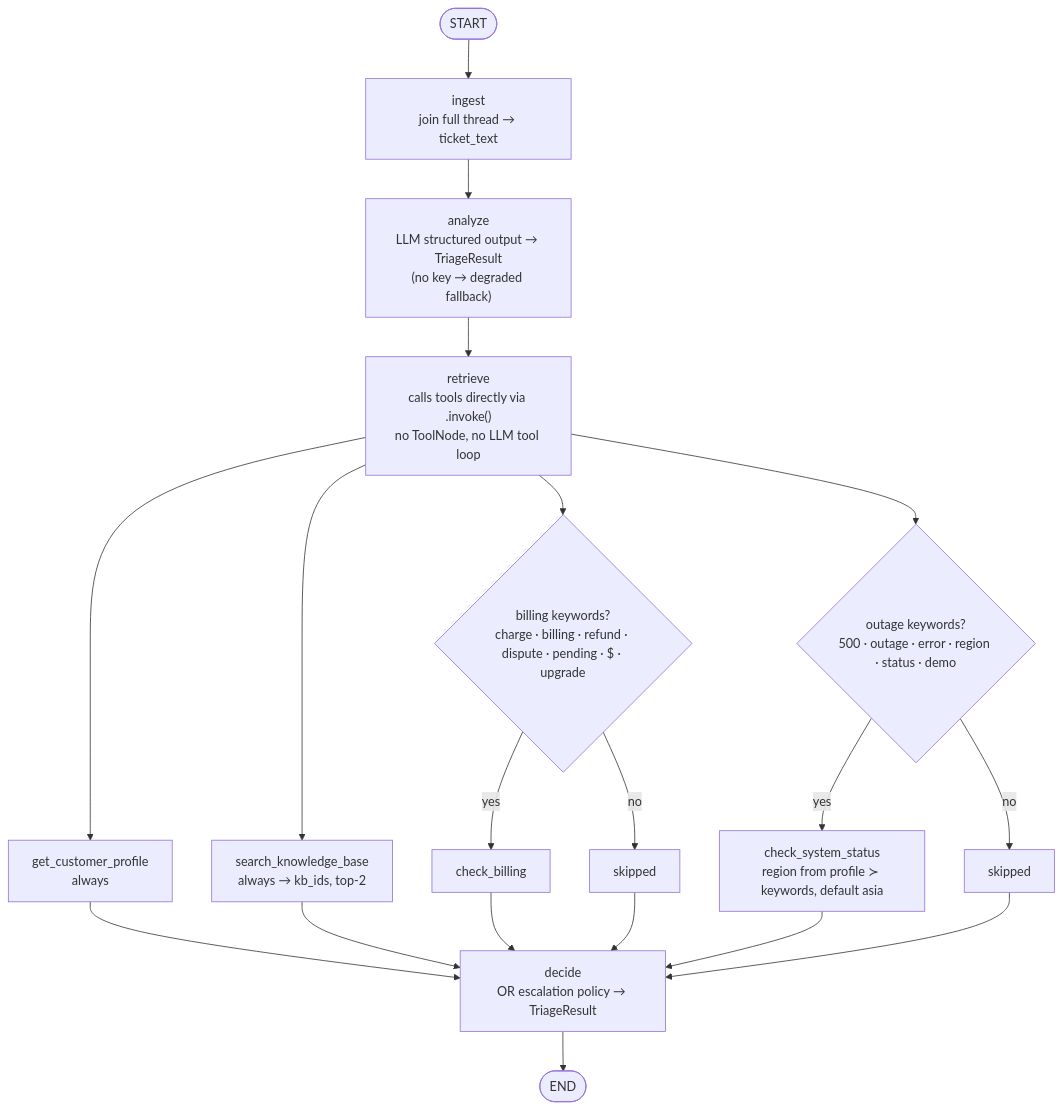
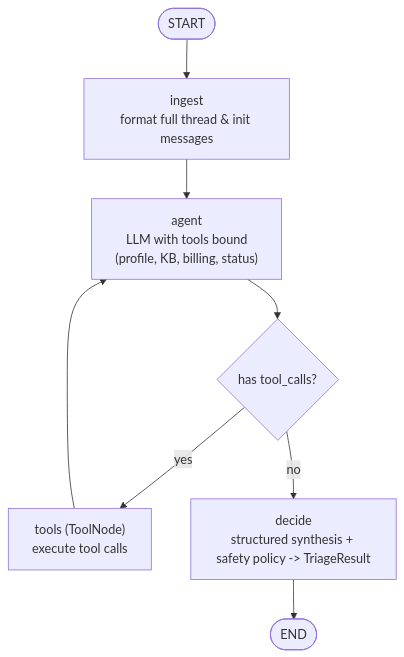
Before and after one commit to aumzps09/triage_agent: the diagram in README.md, drawn with Mermaid. The commit also changed other lines of this file and 11 other files, not shown here.

First line of the commit message:
feat(agent): add ReAct loop with tool node, sentiment schema and tests

````diff
--- a/README.md
+++ b/README.md
@@ -22,21 +40,10 @@
 ```mermaid
 flowchart TD
-    START([START]) --> ingest["ingest<br/>join full thread → ticket_text"]
-    ingest --> analyze["analyze<br/>LLM structured output → TriageResult<br/>(no key → degraded fallback)"]
-    analyze --> retrieve["retrieve<br/>calls tools directly via .invoke()<br/>no ToolNode, no LLM tool loop"]
-    retrieve --> prof["get_customer_profile<br/>always"]
-    retrieve --> kb["search_knowledge_base<br/>always → kb_ids, top-2"]
-    retrieve --> bill{"billing keywords?<br/>charge · billing · refund · dispute · pending · $ · upgrade"}
-    bill -- yes --> cb["check_billing"]
-    bill -- no --> sb["skipped"]
-    retrieve --> out{"outage keywords?<br/>500 · outage · error · region · status · demo"}
-    out -- yes --> cs["check_system_status<br/>region from profile ≻ keywords, default asia"]
-    out -- no --> ss["skipped"]
-    prof --> decide["decide<br/>OR escalation policy → TriageResult"]
-    kb --> decide
-    cb --> decide
-    sb --> decide
-    cs --> decide
-    ss --> decide
+    START([START]) --> ingest["ingest<br/>format full thread & init messages"]
+    ingest --> agent["agent<br/>LLM with tools bound<br/>(profile, KB, billing, status)"]
+    agent --> cond{"has tool_calls?"}
+    cond -- yes --> tools["tools (ToolNode)<br/>execute tool calls"]
+    tools --> agent
+    cond -- no --> decide["decide<br/>structured synthesis + safety policy -> TriageResult"]
     decide --> END([END])
 ```
````
